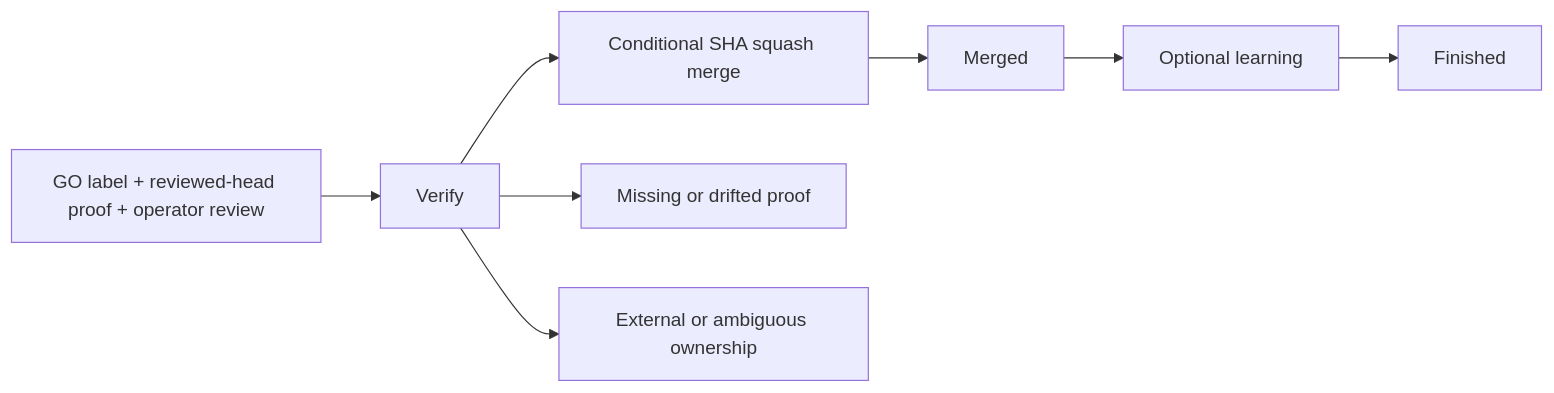
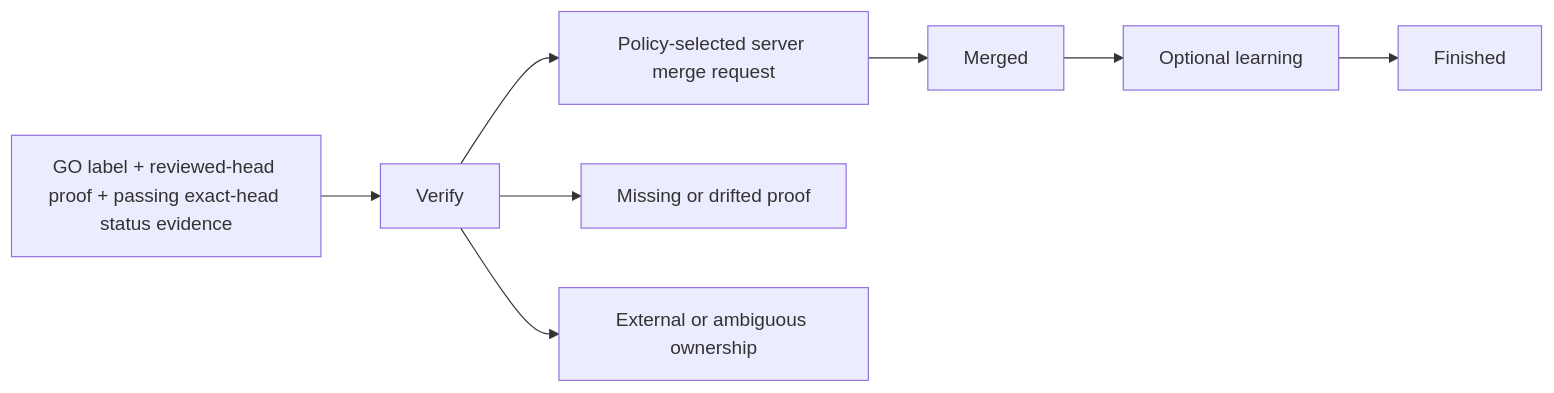
One commit to HomericIntelligence/Hephaestus changed diagram 13 of 16 in docs/architecture.md. Above: the diagram before and after it, drawn with Mermaid. The commit also changed other lines of this file and 53 other files, not shown here.

````diff
--- a/docs/architecture.md
+++ b/docs/architecture.md
@@ -1252,8 +1270,8 @@
 ```mermaid
 flowchart LR
-    Approved["GO label + reviewed-head proof + operator review"] --> Verify
-    Verify --> Merge["Conditional SHA squash merge"]
+    Approved["GO label + reviewed-head proof + passing exact-head status evidence"] --> Verify
+    Verify --> Merge["Policy-selected server merge request"]
     Verify --> Review["Missing or drifted proof"]
     Verify --> Operator["External or ambiguous ownership"]
     Merge --> Merged --> Learn["Optional learning"] --> Finished
 ```
````
